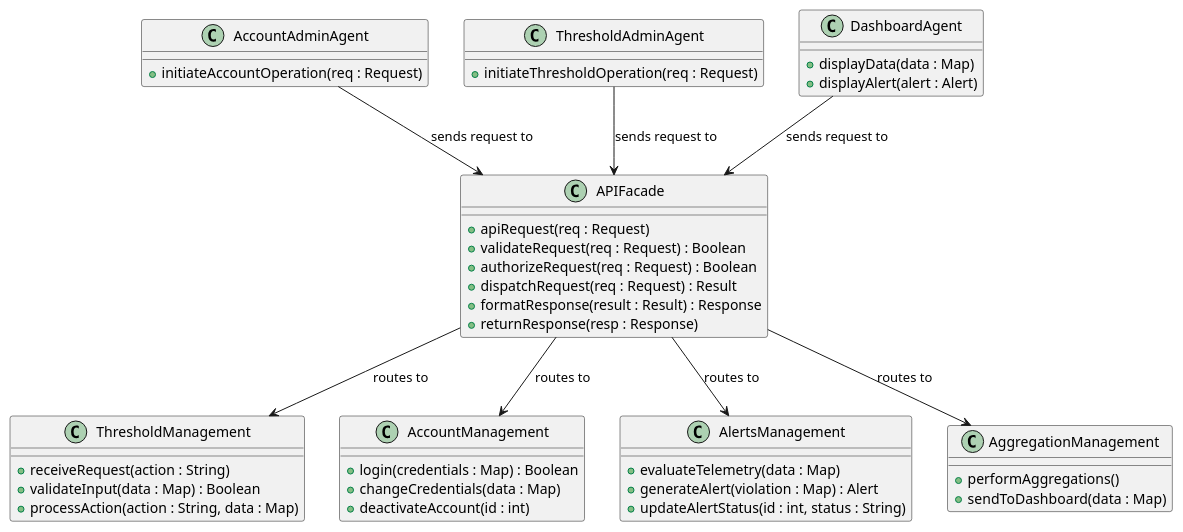
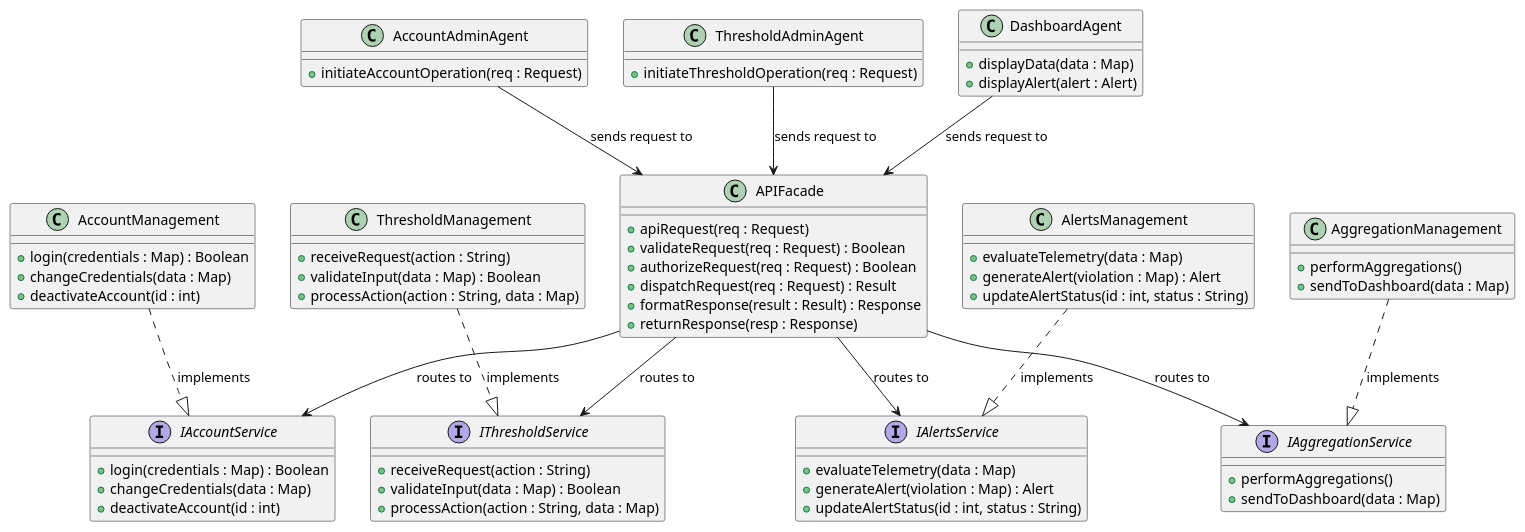
The diagram in docs/diagrams/plantuml/class/api_facade_class.puml (harmanpreet-sagar/SFWRENG-3A04-Group6-T01), drawn with PlantUML before and after one commit. The commit also changed 1 other file, not shown here.

```diff
--- a/docs/diagrams/plantuml/class/api_facade_class.puml
+++ b/docs/diagrams/plantuml/class/api_facade_class.puml
@@ -1,56 +1,83 @@
 @startuml APIFacade_ClassDiagram
 
 class APIFacade {
   +apiRequest(req : Request)
   +validateRequest(req : Request) : Boolean
   +authorizeRequest(req : Request) : Boolean
   +dispatchRequest(req : Request) : Result
   +formatResponse(result : Result) : Response
   +returnResponse(resp : Response)
 }
 
 class AccountAdminAgent {
   +initiateAccountOperation(req : Request)
 }
 
 class ThresholdAdminAgent {
   +initiateThresholdOperation(req : Request)
 }
 
 class DashboardAgent {
   +displayData(data : Map)
   +displayAlert(alert : Alert)
+}
+
+interface IThresholdService {
+  +receiveRequest(action : String)
+  +validateInput(data : Map) : Boolean
+  +processAction(action : String, data : Map)
+}
+
+interface IAccountService {
+  +login(credentials : Map) : Boolean
+  +changeCredentials(data : Map)
+  +deactivateAccount(id : int)
+}
+
+interface IAlertsService {
+  +evaluateTelemetry(data : Map)
+  +generateAlert(violation : Map) : Alert
+  +updateAlertStatus(id : int, status : String)
+}
+
+interface IAggregationService {
+  +performAggregations()
+  +sendToDashboard(data : Map)
 }
 
 class ThresholdManagement {
   +receiveRequest(action : String)
   +validateInput(data : Map) : Boolean
   +processAction(action : String, data : Map)
 }
 
 class AccountManagement {
   +login(credentials : Map) : Boolean
   +changeCredentials(data : Map)
   +deactivateAccount(id : int)
 }
 
 class AlertsManagement {
   +evaluateTelemetry(data : Map)
   +generateAlert(violation : Map) : Alert
   +updateAlertStatus(id : int, status : String)
 }
 
 class AggregationManagement {
   +performAggregations()
   +sendToDashboard(data : Map)
 }
 
 AccountAdminAgent --> APIFacade : sends request to
 ThresholdAdminAgent --> APIFacade : sends request to
 DashboardAgent --> APIFacade : sends request to
-APIFacade --> ThresholdManagement : routes to
-APIFacade --> AccountManagement : routes to
-APIFacade --> AlertsManagement : routes to
-APIFacade --> AggregationManagement : routes to
+APIFacade --> IThresholdService : routes to
+APIFacade --> IAccountService : routes to
+APIFacade --> IAlertsService : routes to
+APIFacade --> IAggregationService : routes to
+ThresholdManagement ..|> IThresholdService : implements
+AccountManagement ..|> IAccountService : implements
+AlertsManagement ..|> IAlertsService : implements
+AggregationManagement ..|> IAggregationService : implements
 
 @enduml
```
